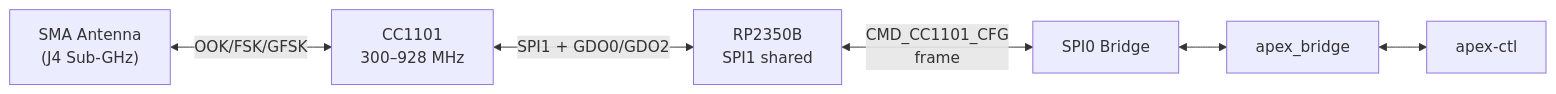
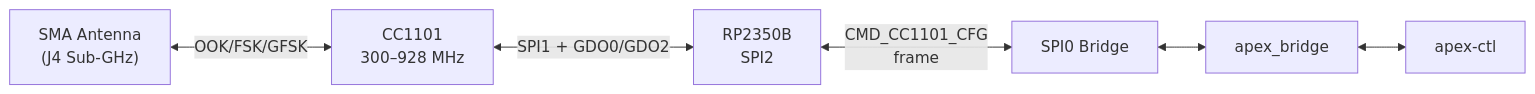
Before and after one commit to jayis1/ghostblade: the eighth of 10 diagrams in docs/architecture.md, drawn with Mermaid. The commit also changed other lines of this file and 23 other files, not shown here.

````diff
--- a/docs/architecture.md
+++ b/docs/architecture.md
@@ -443,15 +443,15 @@
 ```mermaid
 graph LR
     ANT2["SMA Antenna<br/>(J4 Sub-GHz)"]
     CC["CC1101<br/>300–928 MHz"]
-    MCU2["RP2350B<br/>SPI1 shared"]
+    MCU2["RP2350B<br/>SPI2"]
     BRIDGE2["SPI0 Bridge"]
     KDRV2["apex_bridge"]
     USER2["apex-ctl"]
 
     ANT2 <-->|"OOK/FSK/GFSK"| CC
     CC <-->|"SPI1 + GDO0/GDO2"| MCU2
     MCU2 <-->|"CMD_CC1101_CFG<br/>frame"| BRIDGE2
     BRIDGE2 <--> KDRV2
     KDRV2 <--> USER2
 ```
````
